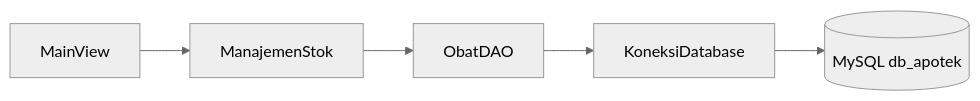
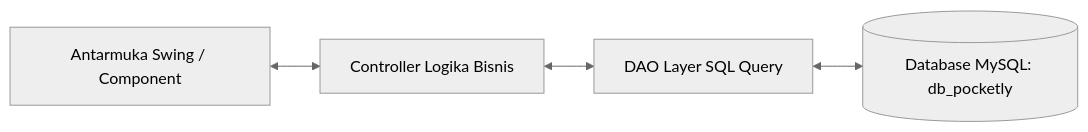
Before and after one commit to yuzarrahmat/Pocketly: the diagram in README.md, drawn with Mermaid (neutral theme). The commit also changed other lines of this file, not shown here.

````diff
--- a/README.md
+++ b/README.md
@@ -127,7 +174,7 @@
 ```mermaid
 flowchart LR
-    V[MainView] --> C[ManajemenStok]
-    C --> D[ObatDAO]
-    D --> K[KoneksiDatabase]
-    K --> DB[(MySQL db_apotek)]
+    UI[Antarmuka Swing / Component] <--> Controller[Controller Logika Bisnis]
+    Controller <--> DAO[DAO Layer SQL Query]
+    DAO <--> DB[(Database MySQL: db_pocketly)]
+
 ```
````
